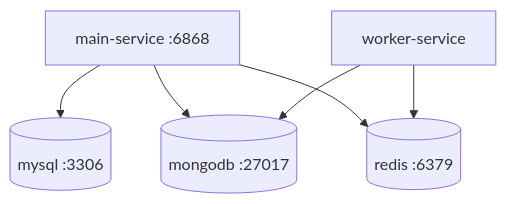
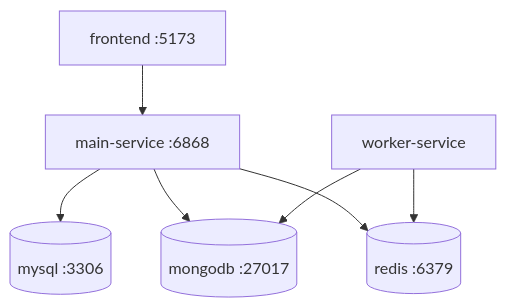
Before and after one commit to JamesHarrision/fessior-oj-backend: the diagram in docs/deployment.md, drawn with Mermaid. The commit also changed other lines of this file and 18 other files, not shown here.

````diff
--- a/docs/deployment.md
+++ b/docs/deployment.md
@@ -12,8 +12,9 @@
 ```mermaid
 flowchart TB
+  Frontend[frontend :5173] --> Main[main-service :6868]
   Main[main-service :6868] --> MySQL[(mysql :3306)]
   Main --> Mongo[(mongodb :27017)]
   Main --> Redis[(redis :6379)]
   Worker[worker-service] --> Mongo
   Worker --> Redis
 ```
````
